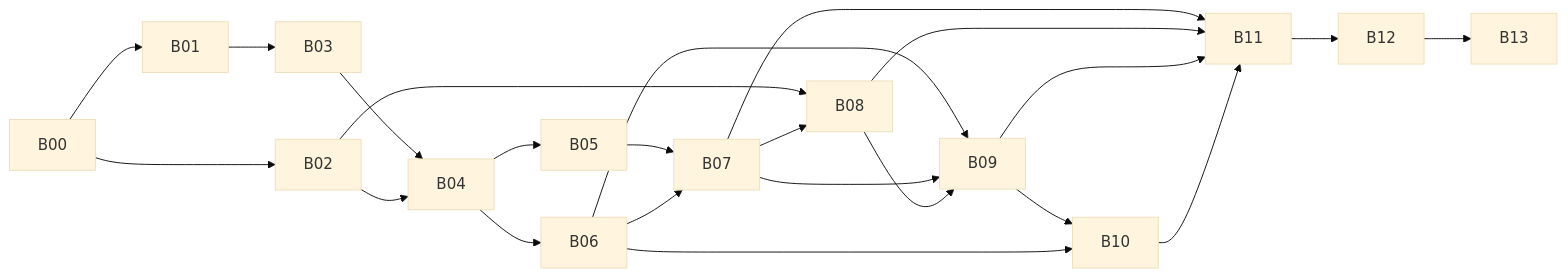
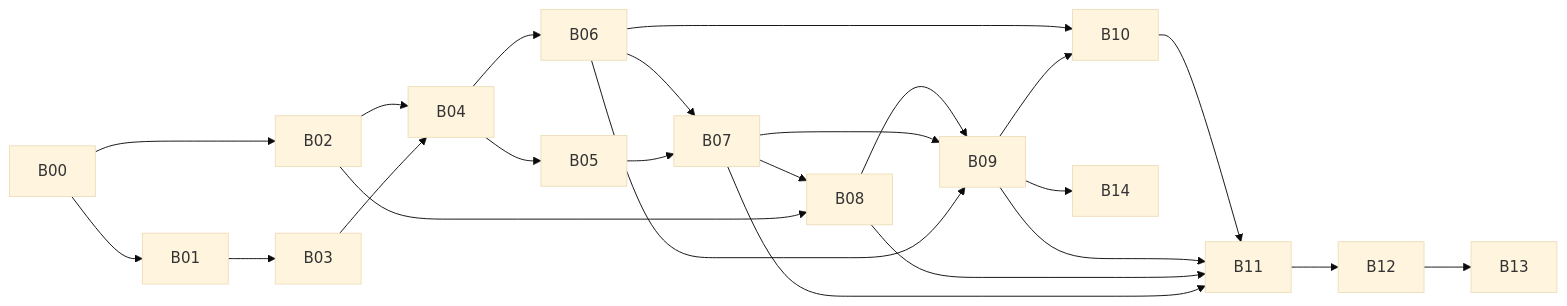
Before and after one commit to jonathan-vella/apex-factory-hackathon: the diagram in docs/backlog/README.md, drawn with Mermaid (base theme). The commit also changed other lines of this file and 2 other files, not shown here.

````diff
--- a/docs/backlog/README.md
+++ b/docs/backlog/README.md
@@ -41,17 +42,18 @@
 ```mermaid
 flowchart LR
   B00 --> B01 --> B03 --> B04
   B00 --> B02 --> B04
   B04 --> B05 --> B07
   B04 --> B06 --> B07
   B02 --> B08
   B07 --> B08
   B06 --> B09
   B07 --> B09
   B08 --> B09 --> B10
+  B09 --> B14
   B06 --> B10
   B07 --> B11
   B08 --> B11
   B09 --> B11
   B10 --> B11 --> B12 --> B13
 ```
````
